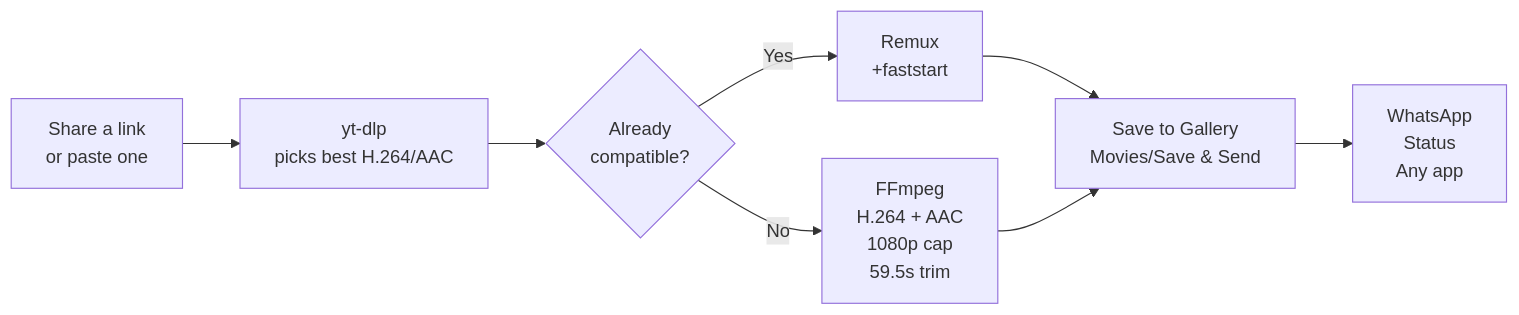
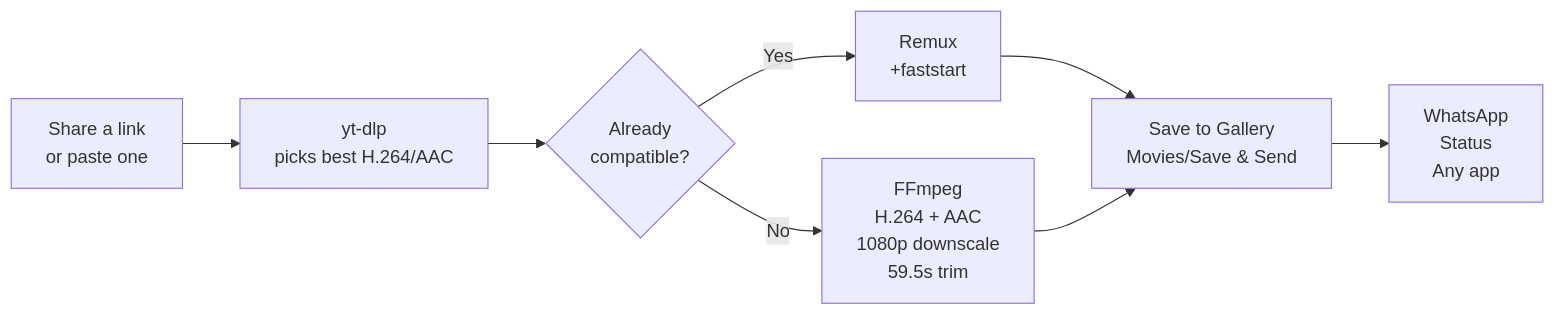
One commit to AdilSiddiquiHQ/save-and-send changed the diagram in README.md. Above: the diagram before and after it, drawn with Mermaid. The commit also changed other lines of this file, not shown here.

````diff
--- a/README.md
+++ b/README.md
@@ -110,10 +110,10 @@
 ```mermaid
 flowchart LR
     A["Share a link<br/>or paste one"] --> B["yt-dlp<br/>picks best H.264/AAC"]
     B --> C{"Already<br/>compatible?"}
     C -- "Yes" --> D["Remux<br/>+faststart"]
-    C -- "No" --> E["FFmpeg<br/>H.264 + AAC<br/>1080p cap<br/>59.5s trim"]
+    C -- "No" --> E["FFmpeg<br/>H.264 + AAC<br/>1080p downscale<br/>59.5s trim"]
     D --> F["Save to Gallery<br/>Movies/Save & Send"]
     E --> F
     F --> G["WhatsApp<br/>Status<br/>Any app"]
 ```
````
